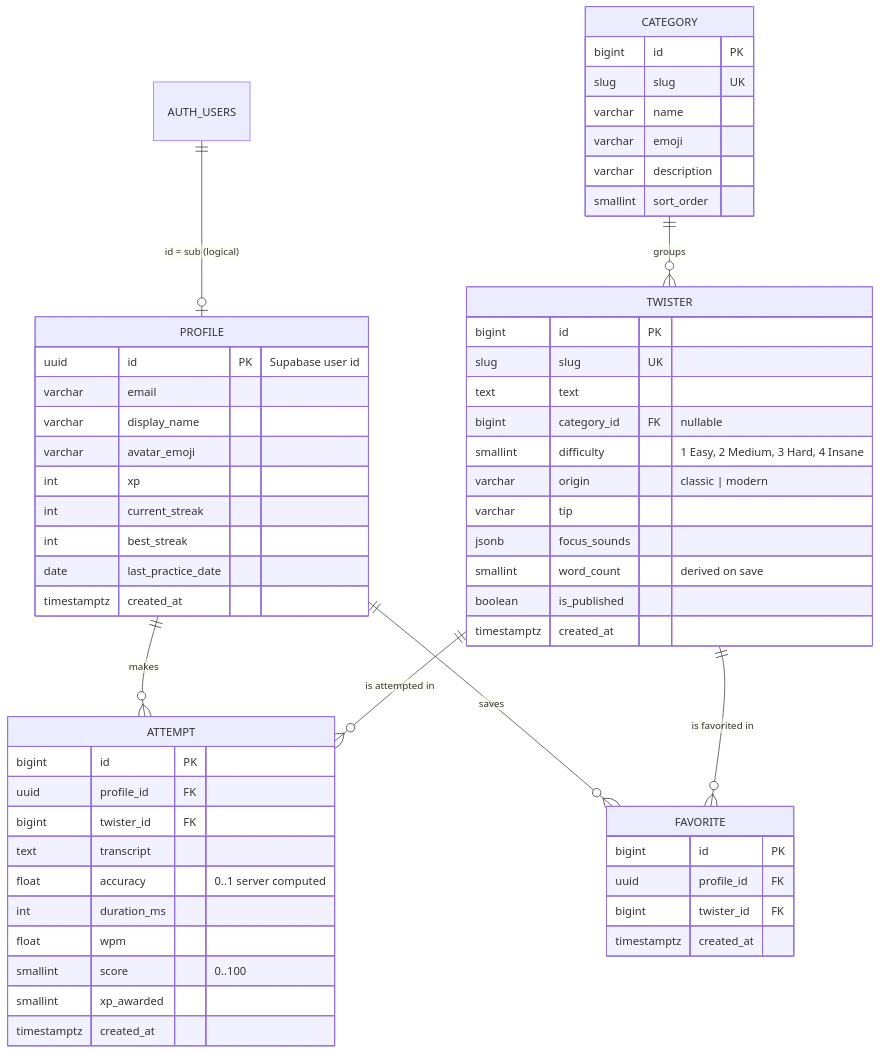
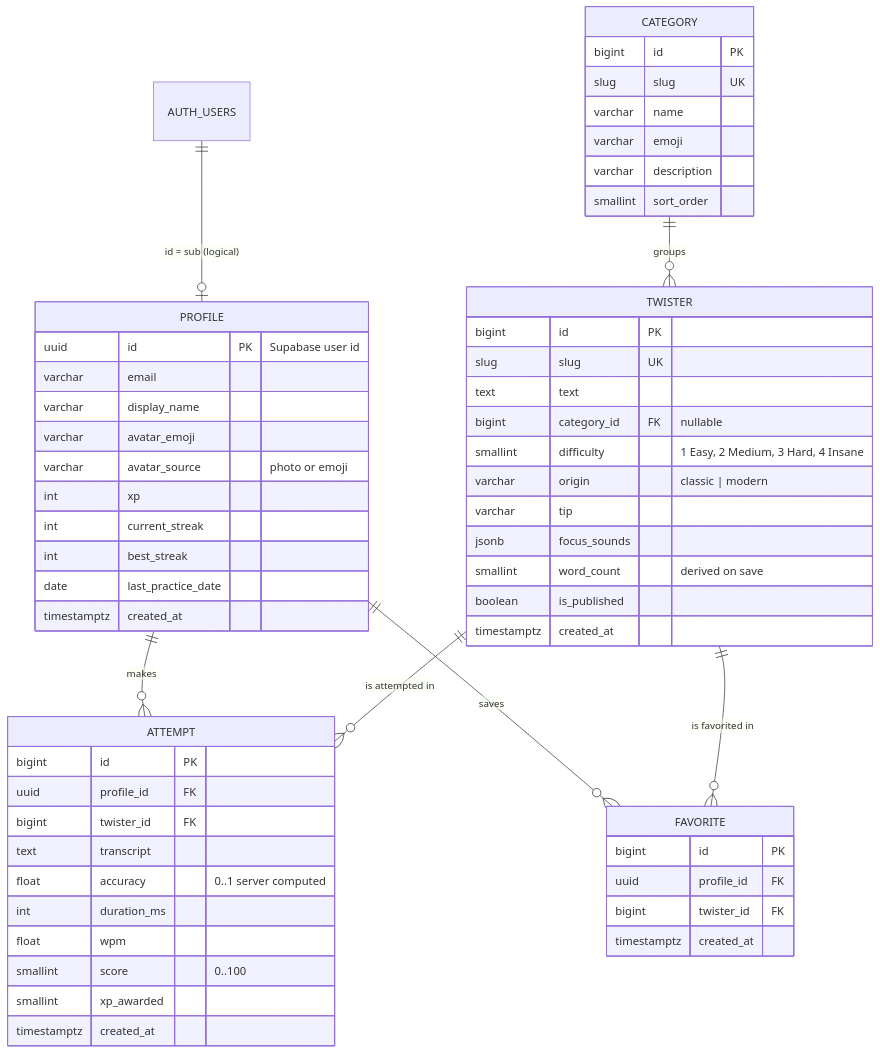
One commit to PawanEpisode/Tongue-Twister changed the diagram in docs/ERD.md. Above: the diagram before and after it, drawn with Mermaid. The commit also changed 48 other files, not shown here.

````diff
--- a/docs/ERD.md
+++ b/docs/ERD.md
@@ -5,60 +5,61 @@
 ```mermaid
 erDiagram
     AUTH_USERS ||--o| PROFILE : "id = sub (logical)"
     PROFILE ||--o{ ATTEMPT : makes
     PROFILE ||--o{ FAVORITE : saves
     TWISTER ||--o{ ATTEMPT : "is attempted in"
     TWISTER ||--o{ FAVORITE : "is favorited in"
     CATEGORY ||--o{ TWISTER : groups
 
     CATEGORY {
         bigint id PK
         slug slug UK
         varchar name
         varchar emoji
         varchar description
         smallint sort_order
     }
     TWISTER {
         bigint id PK
         slug slug UK
         text text
         bigint category_id FK "nullable"
         smallint difficulty "1 Easy, 2 Medium, 3 Hard, 4 Insane"
         varchar origin "classic | modern"
         varchar tip
         jsonb focus_sounds
         smallint word_count "derived on save"
         boolean is_published
         timestamptz created_at
     }
     PROFILE {
         uuid id PK "Supabase user id"
         varchar email
         varchar display_name
         varchar avatar_emoji
+        varchar avatar_source "photo or emoji"
         int xp
         int current_streak
         int best_streak
         date last_practice_date
         timestamptz created_at
     }
     ATTEMPT {
         bigint id PK
         uuid profile_id FK
         bigint twister_id FK
         text transcript
         float accuracy "0..1 server computed"
         int duration_ms
         float wpm
         smallint score "0..100"
         smallint xp_awarded
         timestamptz created_at
     }
     FAVORITE {
         bigint id PK
         uuid profile_id FK
         bigint twister_id FK
         timestamptz created_at
     }
 ```
````
